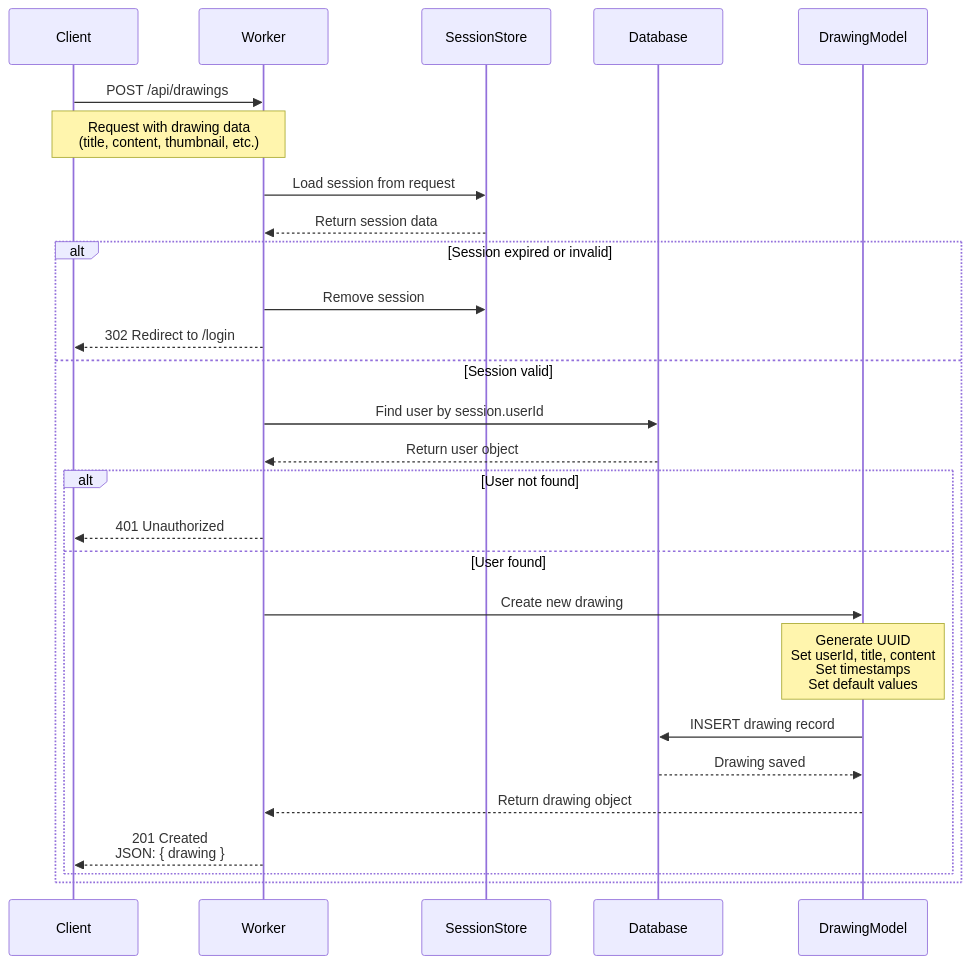
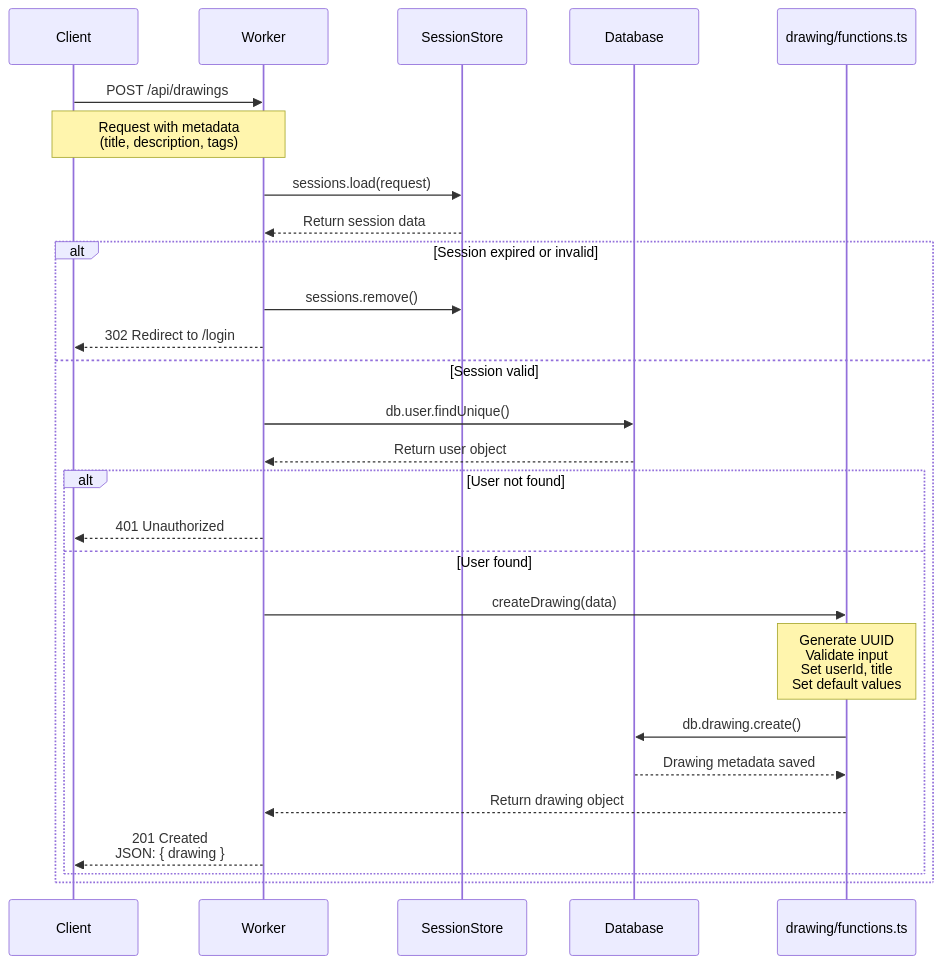
One commit to pddhkt/excalidraw-redwood-app changed the first of 4 diagrams in DRAWING_API_DOCUMENTATION.md. Above: the diagram before and after it, drawn with Mermaid. The commit also changed other lines of this file, not shown here.

First line of the commit message:
Add function names to all sequence diagrams

````diff
--- a/DRAWING_API_DOCUMENTATION.md
+++ b/DRAWING_API_DOCUMENTATION.md
@@ -33,35 +33,35 @@
 ```mermaid
 sequenceDiagram
     participant Client
     participant Worker
     participant SessionStore
     participant Database
-    participant DrawingModel
+    participant Functions as drawing/functions.ts
 
     Client->>Worker: POST /api/drawings
-    Note over Client,Worker: Request with drawing data<br/>(title, content, thumbnail, etc.)
+    Note over Client,Worker: Request with metadata<br/>(title, description, tags)
 
-    Worker->>SessionStore: Load session from request
+    Worker->>SessionStore: sessions.load(request)
     SessionStore-->>Worker: Return session data
 
     alt Session expired or invalid
-        Worker->>SessionStore: Remove session
+        Worker->>SessionStore: sessions.remove()
         Worker-->>Client: 302 Redirect to /login
     else Session valid
-        Worker->>Database: Find user by session.userId
+        Worker->>Database: db.user.findUnique()
         Database-->>Worker: Return user object
 
         alt User not found
             Worker-->>Client: 401 Unauthorized
         else User found
-            Worker->>DrawingModel: Create new drawing
-            Note over DrawingModel: Generate UUID<br/>Set userId, title, content<br/>Set timestamps<br/>Set default values
+            Worker->>Functions: createDrawing(data)
+            Note over Functions: Generate UUID<br/>Validate input<br/>Set userId, title<br/>Set default values
 
-            DrawingModel->>Database: INSERT drawing record
-            Database-->>DrawingModel: Drawing saved
-            DrawingModel-->>Worker: Return drawing object
+            Functions->>Database: db.drawing.create()
+            Database-->>Functions: Drawing metadata saved
+            Functions-->>Worker: Return drawing object
 
             Worker-->>Client: 201 Created<br/>JSON: { drawing }
         end
     end
 ```
````
